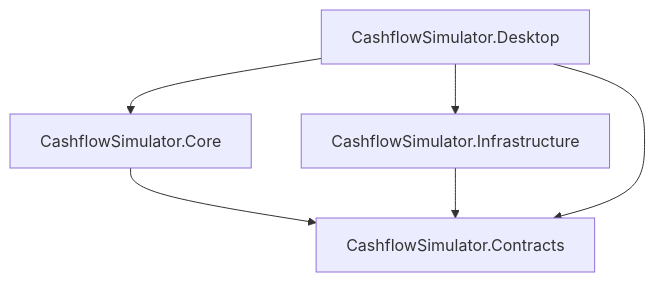
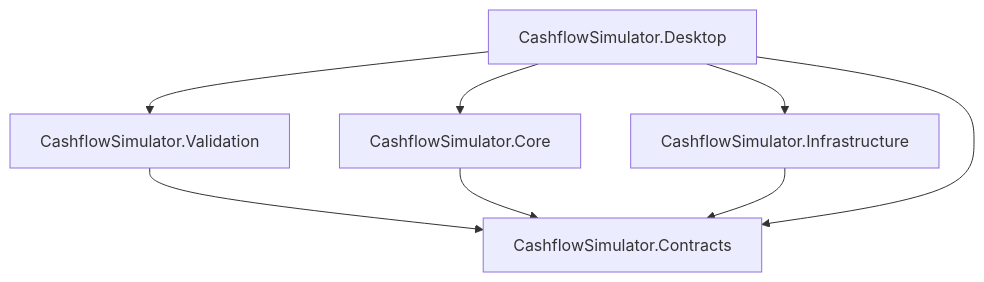
The diagram in .cursor/rules/main.md (RalfHuesing/CashflowSimulator), drawn with Mermaid before and after one commit. The commit also changed other lines of this file and 27 other files, not shown here.

````diff
--- a/.cursor/rules/main.md
+++ b/.cursor/rules/main.md
@@ -24,12 +25,15 @@
 ```mermaid
 flowchart TB
     Contracts[CashflowSimulator.Contracts]
+    Validation[CashflowSimulator.Validation]
     Core[CashflowSimulator.Core]
     Infra[CashflowSimulator.Infrastructure]
     Desktop[CashflowSimulator.Desktop]
+    Validation --> Contracts
     Core --> Contracts
     Infra --> Contracts
+    Desktop --> Validation
     Desktop --> Core
     Desktop --> Infra
     Desktop --> Contracts
 ```
````
